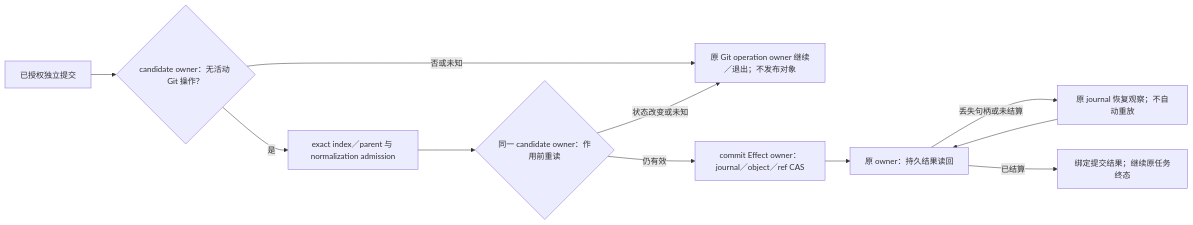
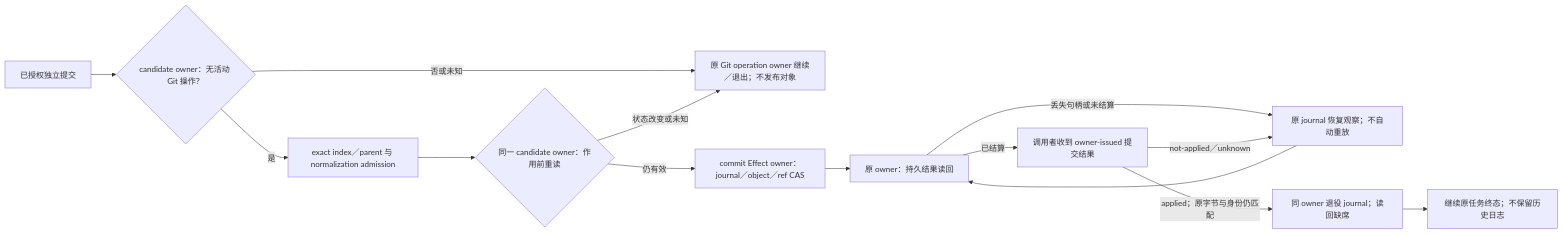
The second of 4 diagrams in docs/开发/AI协作/规则装载与任务恢复.md (sec-platform/sec), drawn with Mermaid before and after one commit. The commit also changed other lines of this file and 33 other files, not shown here.

````diff
--- a/docs/开发/AI协作/规则装载与任务恢复.md
+++ b/docs/开发/AI协作/规则装载与任务恢复.md
@@ -137,13 +139,16 @@
 ```mermaid
 flowchart LR
   Request["已授权独立提交"] --> Preflight{"candidate owner：无活动 Git 操作？"}
   Preflight -->|否或未知| Original["原 Git operation owner 继续／退出；不发布对象"]
   Preflight -->|是| Frozen["exact index／parent 与 normalization admission"]
   Frozen --> Fence{"同一 candidate owner：作用前重读"}
   Fence -->|状态改变或未知| Original
   Fence -->|仍有效| Effect["commit Effect owner：journal／object／ref CAS"]
   Effect --> Readback["原 owner：持久结果读回"]
   Readback -->|丢失句柄或未结算| Recovery["原 journal 恢复观察；不自动重放"]
   Recovery --> Readback
-  Readback -->|已结算| Terminal["绑定提交结果；继续原任务终态"]
+  Readback -->|已结算| Terminal["调用者收到 owner-issued 提交结果"]
+  Terminal -->|applied；原字节与身份仍匹配| Retire["同 owner 退役 journal；读回缺席"]
+  Terminal -->|not-applied／unknown| Recovery
+  Retire --> Continue["继续原任务终态；不保留历史日志"]
 ```
````
